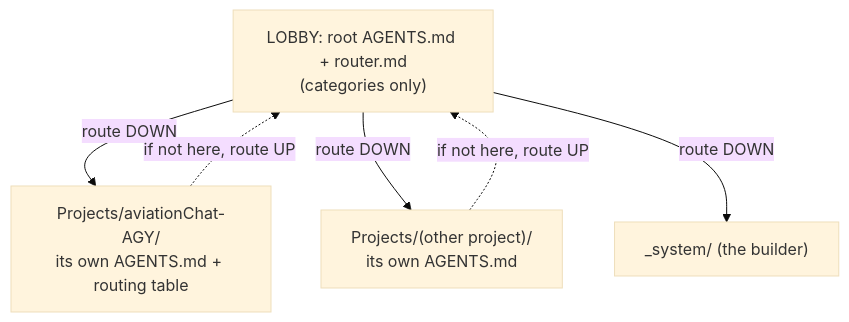
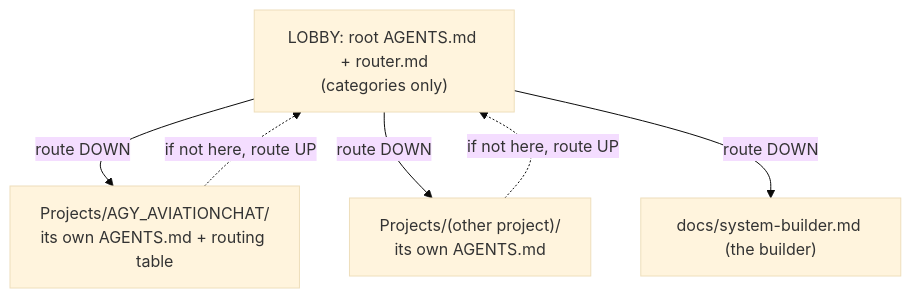
Before and after one commit to sudomadhatter/Sudo_Hatter_Command: the third of 7 diagrams in docs/_scc_sops_prds/complete-system-overview.md, drawn with Mermaid (base theme). The commit also changed other lines of this file and 42 other files, not shown here.

````diff
--- a/docs/_scc_sops_prds/complete-system-overview.md
+++ b/docs/_scc_sops_prds/complete-system-overview.md
@@ -75,9 +81,9 @@
 ```mermaid
 flowchart TD
     LOBBY["LOBBY: root AGENTS.md + router.md\n(categories only)"]
-    LOBBY -->|"route DOWN"| FA["Projects/aviationChat-AGY/\nits own AGENTS.md + routing table"]
+    LOBBY -->|"route DOWN"| FA["Projects/AGY_AVIATIONCHAT/\nits own AGENTS.md + routing table"]
     LOBBY -->|"route DOWN"| FB["Projects/(other project)/\nits own AGENTS.md"]
-    LOBBY -->|"route DOWN"| SYS["_system/ (the builder)"]
+    LOBBY -->|"route DOWN"| SYS["docs/system-builder.md (the builder)"]
     FA -.->|"if not here, route UP"| LOBBY
     FB -.->|"if not here, route UP"| LOBBY
 ```
````
